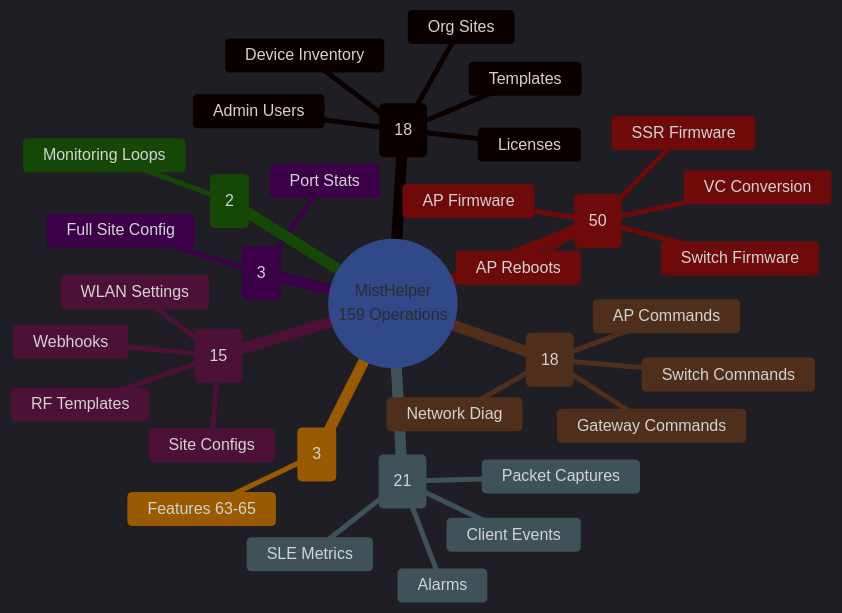
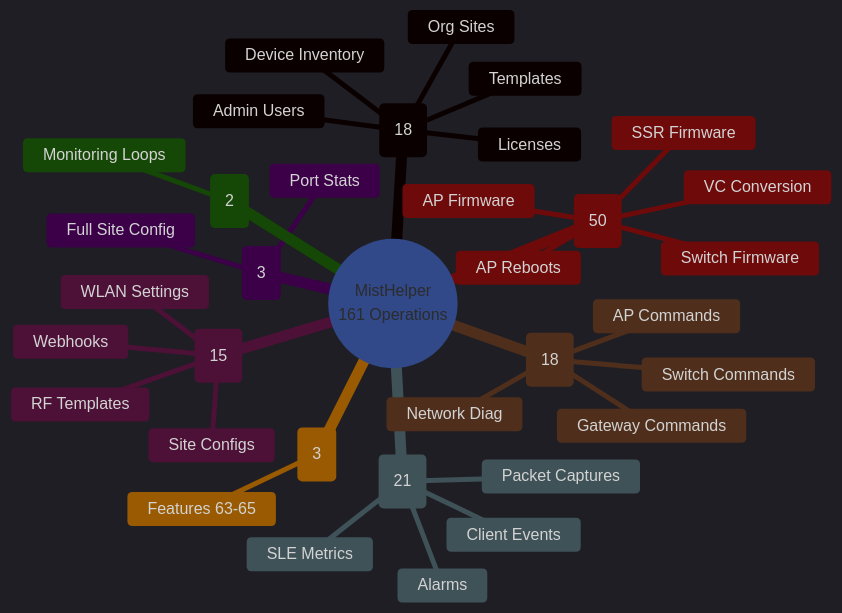
The second of 2 diagrams in README.md (jmorrison-juniper/MistHelper), drawn with Mermaid before and after one commit. The commit also changed other lines of this file and 8 other files, not shown here.

````diff
--- a/README.md
+++ b/README.md
@@ -95,48 +95,48 @@
 ```mermaid
 %%{init: {'theme': 'dark', 'themeVariables': {
   'primaryColor': '#E20074',
   'primaryTextColor': '#E0E0E0',
   'primaryBorderColor': '#99004D',
   'lineColor': '#FF4DA6',
   'secondaryColor': '#16213E',
   'tertiaryColor': '#1A1A2E',
   'fontFamily': 'ui-monospace, monospace'
 }}}%%
 mindmap
-  root((MistHelper<br/>159 Operations))
+  root((MistHelper<br/>161 Operations))
     Safe (18)
       Org Sites
       Device Inventory
       Licenses
       Templates
       Admin Users
     Interactive Safe (15)
       Site Configs
       WLAN Settings
       RF Templates
       Webhooks
     Interactive (21)
       Packet Captures
       SLE Metrics
       Client Events
       Alarms
     WebSocket (18)
       AP Commands
       Switch Commands
       Gateway Commands
       Network Diag
     Destructive (50)
       ::icon(fa fa-warning)
       AP Firmware
       Switch Firmware
       SSR Firmware
       AP Reboots
       VC Conversion
     Resource Intensive (3)
       Port Stats
       Full Site Config
     WIP (3)
       Features 63-65
     Continuous (2)
       Monitoring Loops
 ```
````
